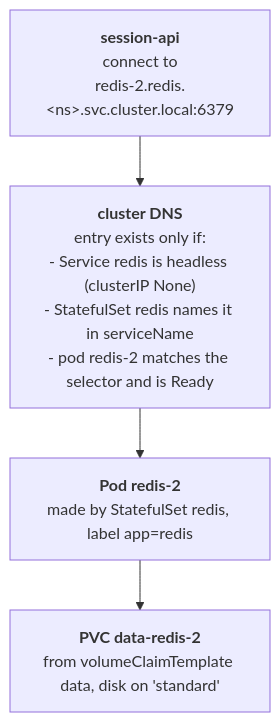
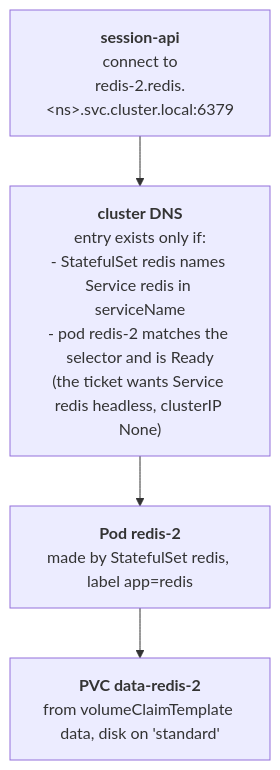
The diagram in scenarios/L1/020-redis-statefulset/story.md (cauebraz/kubedrill), drawn with Mermaid before and after one commit. The commit also changed other lines of this file and 68 other files, not shown here.

````diff
--- a/scenarios/L1/020-redis-statefulset/story.md
+++ b/scenarios/L1/020-redis-statefulset/story.md
@@ -45,8 +45,8 @@
 ```mermaid
 flowchart TD
   A["<b>session-api</b><br/>connect to<br/>redis-2.redis.&lt;ns&gt;.svc.cluster.local:6379"]
-  N["<b>cluster DNS</b><br/>entry exists only if:<br/>- Service redis is headless (clusterIP None)<br/>- StatefulSet redis names it in serviceName<br/>- pod redis-2 matches the selector and is Ready"]
+  N["<b>cluster DNS</b><br/>entry exists only if:<br/>- StatefulSet redis names Service redis in serviceName<br/>- pod redis-2 matches the selector and is Ready<br/>(the ticket wants Service redis headless, clusterIP None)"]
   P["<b>Pod redis-2</b><br/>made by StatefulSet redis, label app=redis"]
   V["<b>PVC data-redis-2</b><br/>from volumeClaimTemplate data, disk on 'standard'"]
   A --> N --> P --> V
 ```
````
